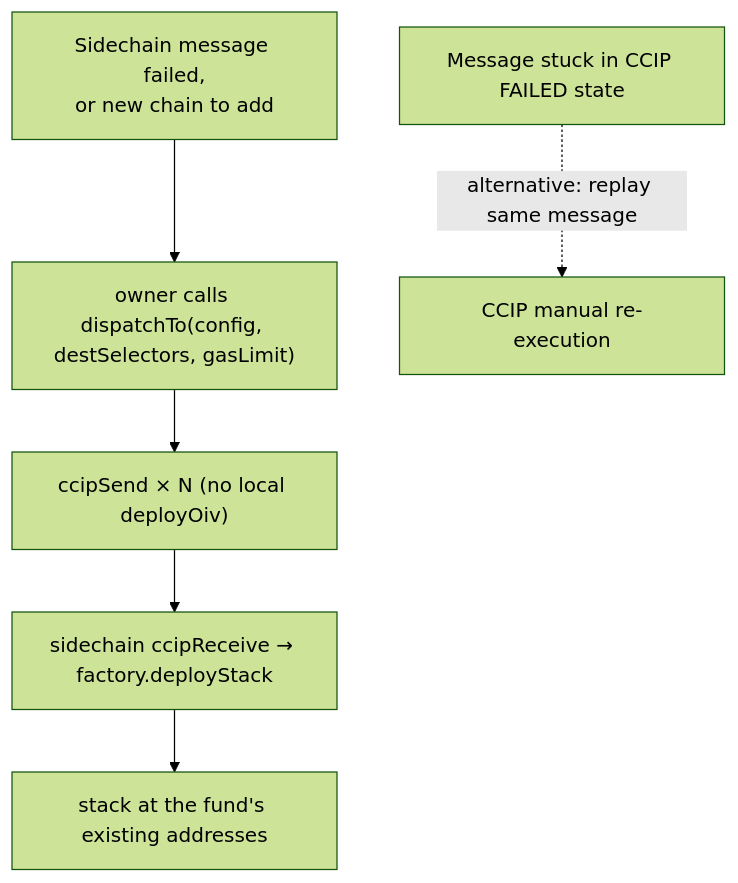
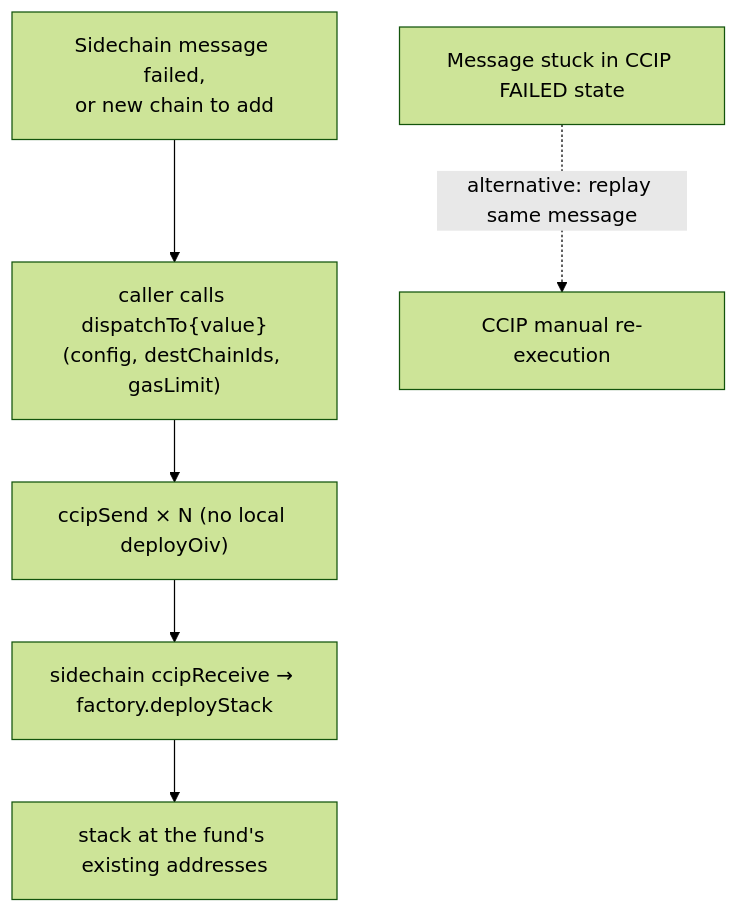
Before and after one commit to karpatkey/onchain-investment-vehicles: the third of 3 diagrams in docs/CCIP_FUND_DEPLOYMENT_FLOW.md, drawn with Mermaid (forest theme). The commit also changed other lines of this file and 6 other files, not shown here.

````diff
--- a/docs/CCIP_FUND_DEPLOYMENT_FLOW.md
+++ b/docs/CCIP_FUND_DEPLOYMENT_FLOW.md
@@ -81,8 +81,8 @@
 ```mermaid
 flowchart TD
-    A["Sidechain message failed,<br/>or new chain to add"] --> B["owner calls dispatchTo(config, destSelectors, gasLimit)"]
+    A["Sidechain message failed,<br/>or new chain to add"] --> B["caller calls dispatchTo{value}(config, destChainIds, gasLimit)"]
     B --> C["ccipSend × N (no local deployOiv)"]
     C --> D["sidechain ccipReceive → factory.deployStack"]
     D --> E["stack at the fund's existing addresses"]
     A2["Message stuck in CCIP FAILED state"] -.->|"alternative: replay same message"| M["CCIP manual re-execution"]
 ```
````
